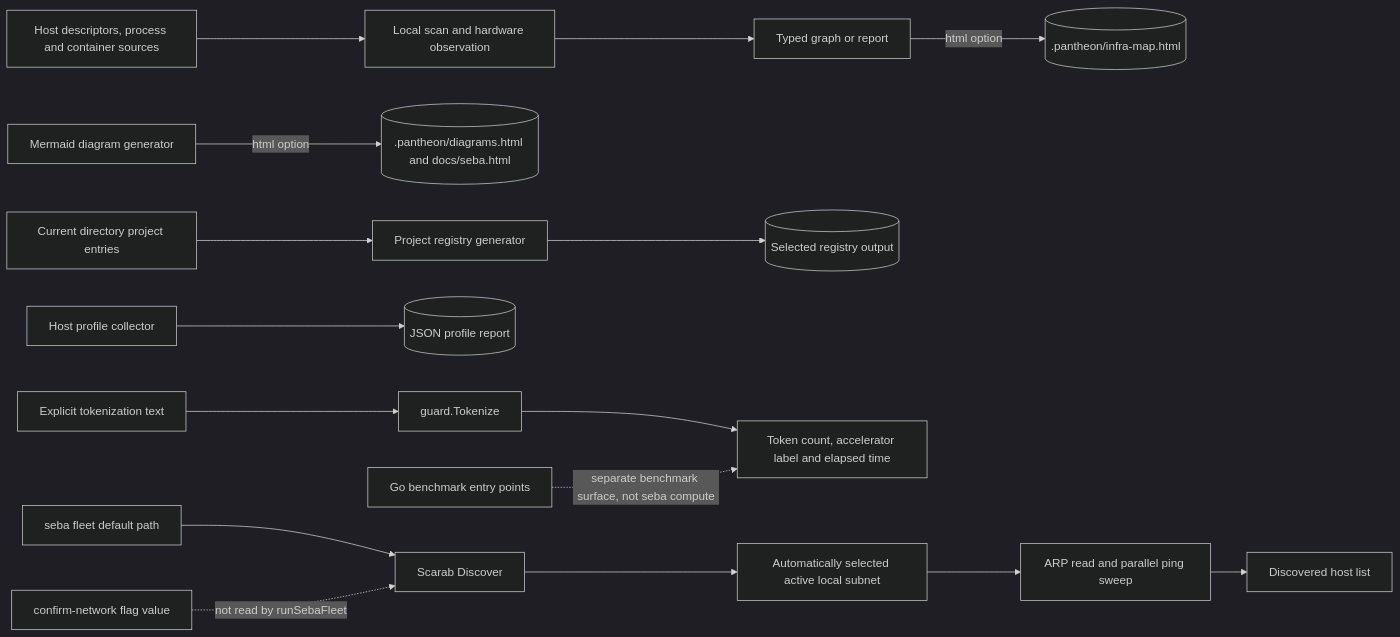
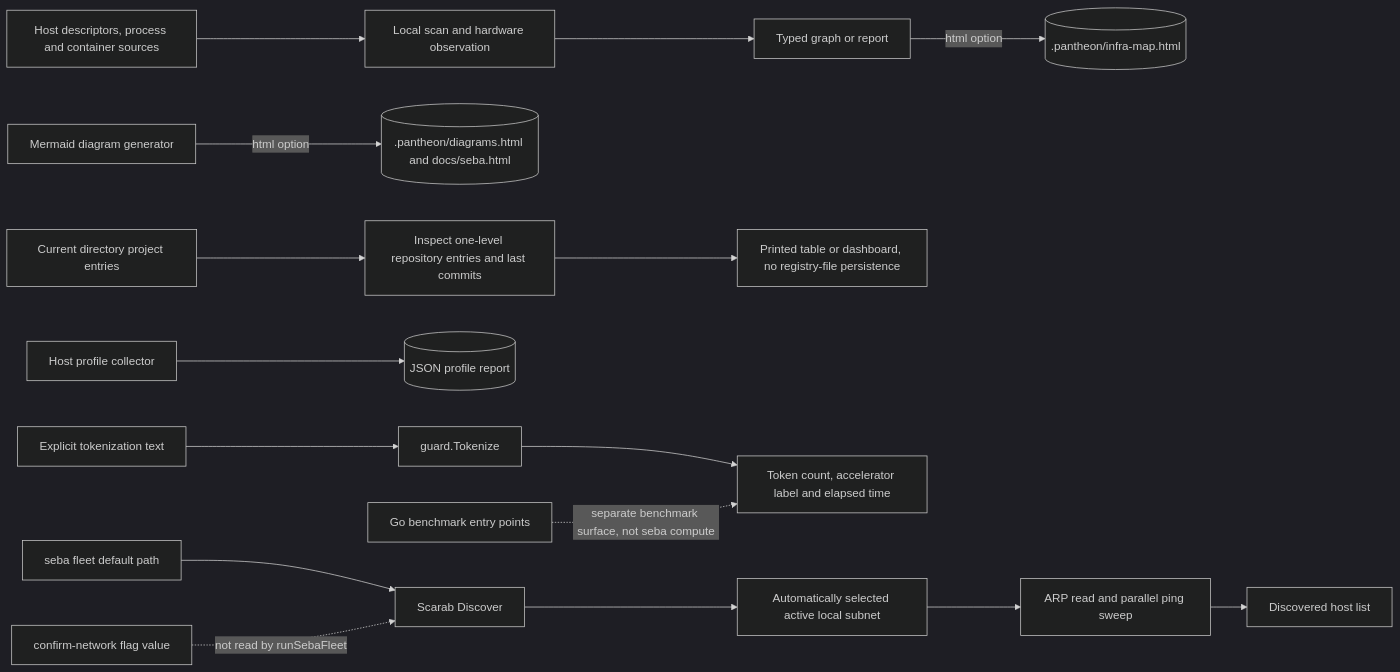
One commit to SirsiMaster/sirsi-pantheon changed diagram 27 of 45 in docs/stacklab/pantheon-pt/canon/DIAGRAMS_PRODUCT_OPERATIONS.md. Above: the diagram before and after it, drawn with Mermaid (dark theme). The commit also changed other lines of this file, not shown here.

````diff
--- a/docs/stacklab/pantheon-pt/canon/DIAGRAMS_PRODUCT_OPERATIONS.md
+++ b/docs/stacklab/pantheon-pt/canon/DIAGRAMS_PRODUCT_OPERATIONS.md
@@ -763,18 +794,18 @@
 ```mermaid
 flowchart LR
   HOST[Host descriptors, process and container sources] --> OBS[Local scan and hardware observation]
   OBS --> GRAPH[Typed graph or report]
   GRAPH -->|html option| FILE1[(.pantheon/infra-map.html)]
   DIAG[Mermaid diagram generator] -->|html option| FILE2[(.pantheon/diagrams.html and docs/seba.html)]
-  CWD[Current directory project entries] --> BOOK[Project registry generator]
-  BOOK --> FILE3[(Selected registry output)]
+  CWD[Current directory project entries] --> BOOK[Inspect one-level repository entries and last commits]
+  BOOK --> BOOKOUT[Printed table or dashboard, no registry-file persistence]
   PROFILE[Host profile collector] --> FILE4[(JSON profile report)]
   TEXT[Explicit tokenization text] --> COMPUTE[guard.Tokenize]
   COMPUTE --> RESULT[Token count, accelerator label and elapsed time]
   FLEET[seba fleet default path] --> DISCOVER[Scarab Discover]
   DISCOVER --> SUBNET[Automatically selected active local subnet]
   SUBNET --> PING[ARP read and parallel ping sweep]
   FLEETFLAG[confirm-network flag value] -. not read by runSebaFleet .-> DISCOVER
   PING --> HOSTS[Discovered host list]
   BENCH[Go benchmark entry points] -. separate benchmark surface, not seba compute .-> RESULT
 ```
````
